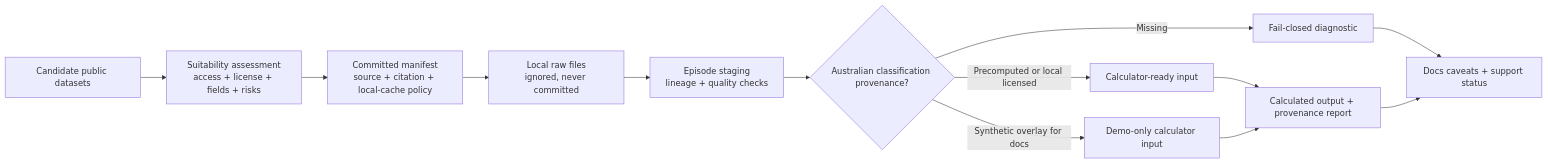
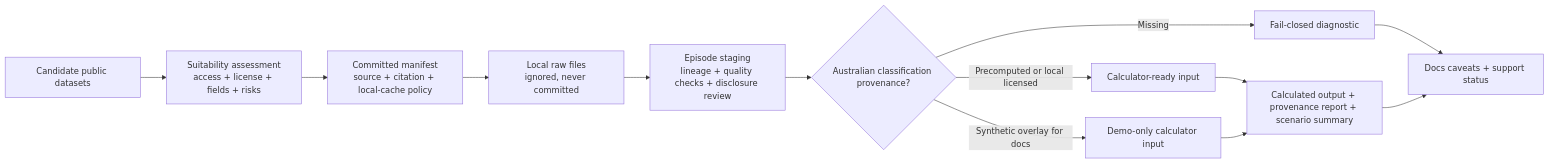
The fifth of 6 diagrams in conductor/design.md (edithatogo/mchs), drawn with Mermaid before and after one commit. The commit also changed other lines of this file and 5 other files, not shown here.

````diff
--- a/conductor/design.md
+++ b/conductor/design.md
@@ -118,15 +118,15 @@
 ```mermaid
 flowchart LR
     Candidate[Candidate public datasets] --> Assess[Suitability assessment\naccess + license + fields + risks]
     Assess --> Manifest[Committed manifest\nsource + citation + local-cache policy]
     Manifest --> LocalData[Local raw files\nignored, never committed]
-    LocalData --> Stage[Episode staging\nlineage + quality checks]
+    LocalData --> Stage[Episode staging\nlineage + quality checks + disclosure review]
     Stage --> Classify{Australian classification provenance?}
     Classify -->|Precomputed or local licensed| Input[Calculator-ready input]
     Classify -->|Missing| Block[Fail-closed diagnostic]
     Classify -->|Synthetic overlay for docs| DemoInput[Demo-only calculator input]
-    Input --> Output[Calculated output + provenance report]
+    Input --> Output[Calculated output + provenance report + scenario summary]
     DemoInput --> Output
     Block --> Docs[Docs caveats + support status]
     Output --> Docs
 ```
````
